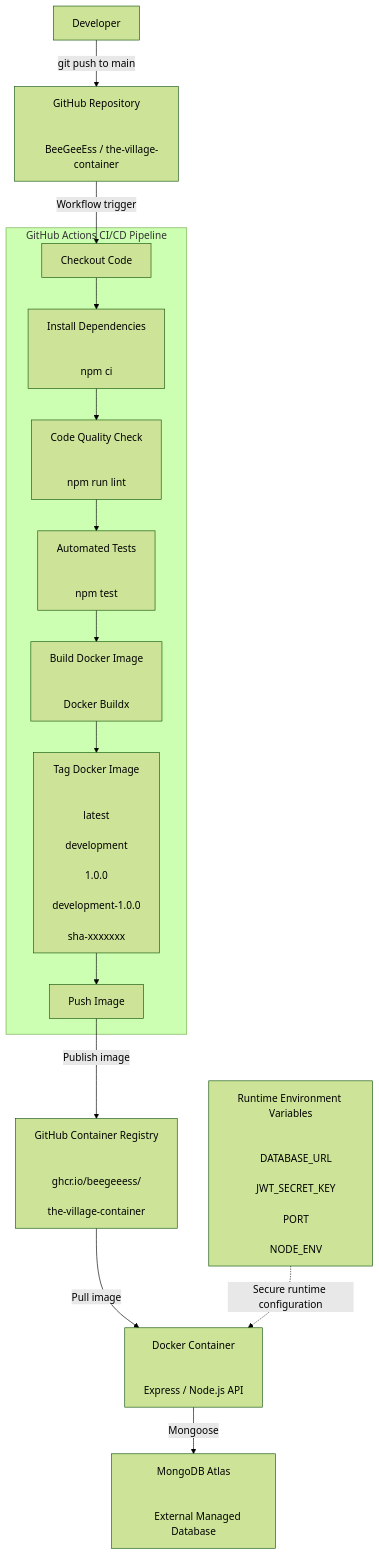
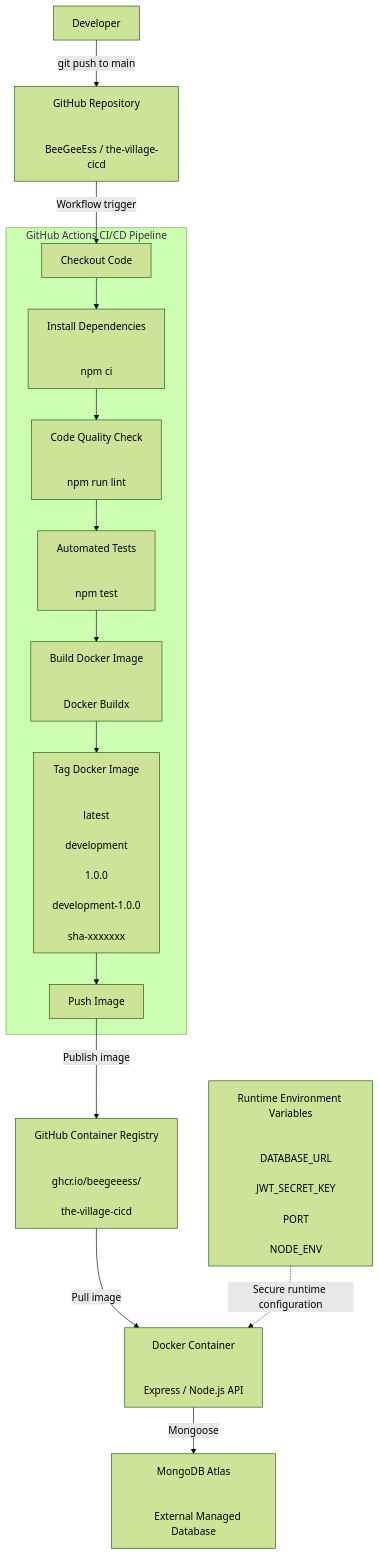
Before and after one commit to BeeGeeEss/the-village-CICD: the third of 3 diagrams in application-architecture.md, drawn with Mermaid (forest theme). The commit also changed other lines of this file and 5 other files, not shown here.

```diff
--- a/application-architecture.md
+++ b/application-architecture.md
@@ -344,7 +344,7 @@
     %% SOURCE CONTROL
 
     REPO["GitHub Repository<br/><br/>
-    BeeGeeEss / the-village-container"]
+    BeeGeeEss / the-village-cicd"]
 
     %% CI/CD PIPELINE
 
@@ -386,7 +386,7 @@
 
     GHCR["GitHub Container Registry<br/><br/>
     ghcr.io/beegeeess/<br/>
-    the-village-container"]
+    the-village-cicd"]
 
     %% RUNTIME
 
```
